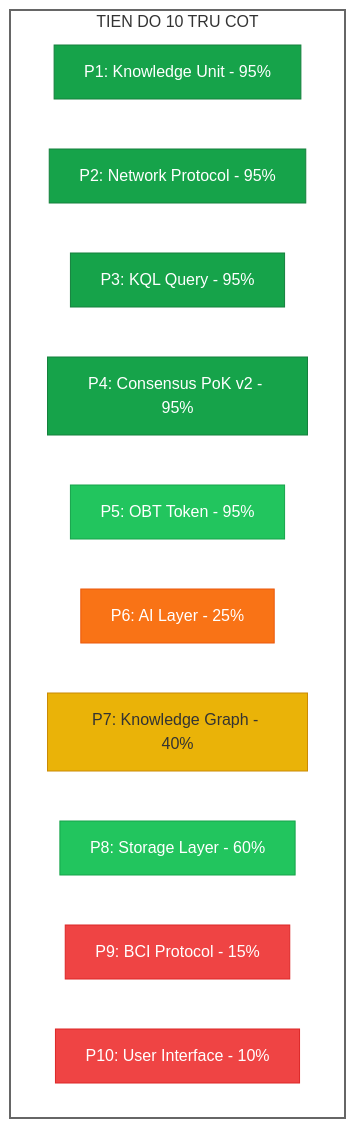
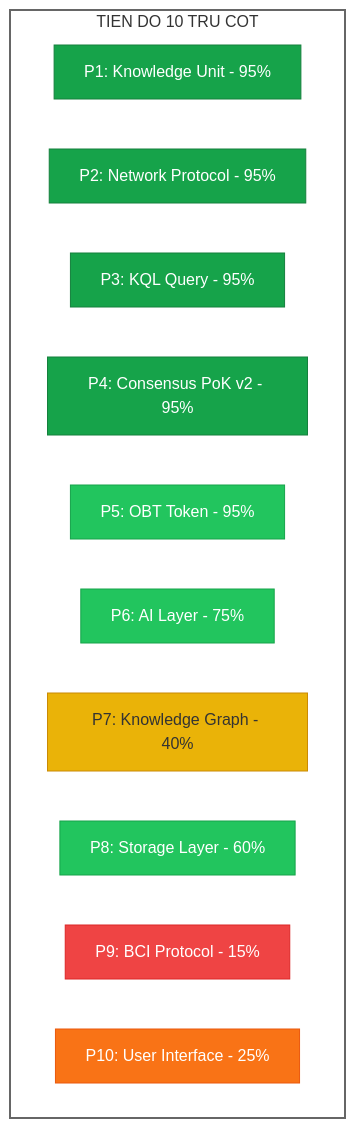
The first of 7 diagrams in docs/_archived_v5_DO_NOT_USE/PILLAR_REVIEW.md (shpy2001gemi/OneBrain), drawn with Mermaid (neutral theme) before and after one commit. The commit also changed other lines of this file and 262 other files, not shown here.

````diff
--- a/docs/_archived_v5_DO_NOT_USE/PILLAR_REVIEW.md
+++ b/docs/_archived_v5_DO_NOT_USE/PILLAR_REVIEW.md
@@ -13,27 +13,27 @@
 ```mermaid
 graph TD
     subgraph PILLARS["TIEN DO 10 TRU COT"]
         P1["P1: Knowledge Unit - 95%"]
         P2["P2: Network Protocol - 95%"]
         P3["P3: KQL Query - 95%"]
         P4["P4: Consensus PoK v2 - 95%"]
         P5["P5: OBT Token - 95%"]
-        P6["P6: AI Layer - 25%"]
+        P6["P6: AI Layer - 75%"]
         P7["P7: Knowledge Graph - 40%"]
         P8["P8: Storage Layer - 60%"]
         P9["P9: BCI Protocol - 15%"]
-        P10["P10: User Interface - 10%"]
+        P10["P10: User Interface - 25%"]
     end
 
     style P1 fill:#16a34a,stroke:#15803d,color:#fff
     style P2 fill:#16a34a,stroke:#15803d,color:#fff
     style P3 fill:#16a34a,stroke:#15803d,color:#fff
     style P4 fill:#16a34a,stroke:#15803d,color:#fff
     style P5 fill:#22c55e,stroke:#16a34a,color:#fff
-    style P6 fill:#f97316,stroke:#ea580c,color:#fff
+    style P6 fill:#22c55e,stroke:#16a34a,color:#fff
     style P7 fill:#eab308,stroke:#ca8a04,color:#333
     style P8 fill:#22c55e,stroke:#16a34a,color:#fff
     style P9 fill:#ef4444,stroke:#dc2626,color:#fff
-    style P10 fill:#ef4444,stroke:#dc2626,color:#fff
+    style P10 fill:#f97316,stroke:#ea580c,color:#fff
     style PILLARS fill:none,stroke:#666,stroke-width:2px
 ```
````
